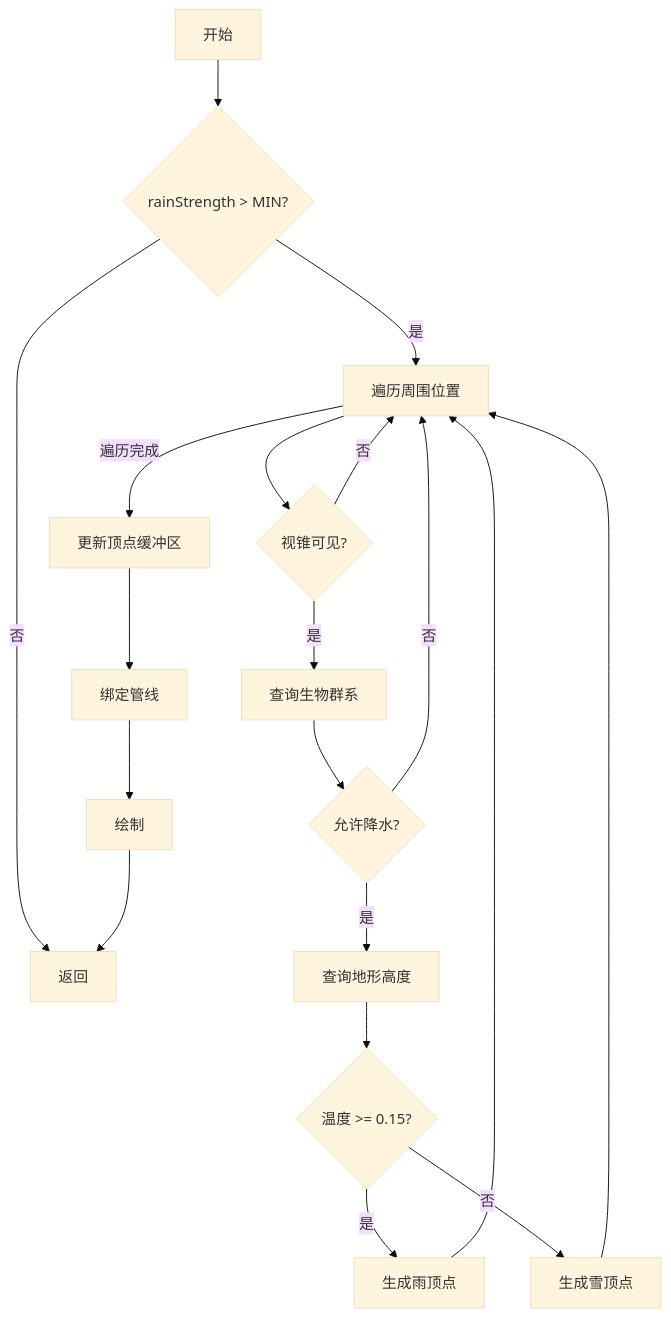
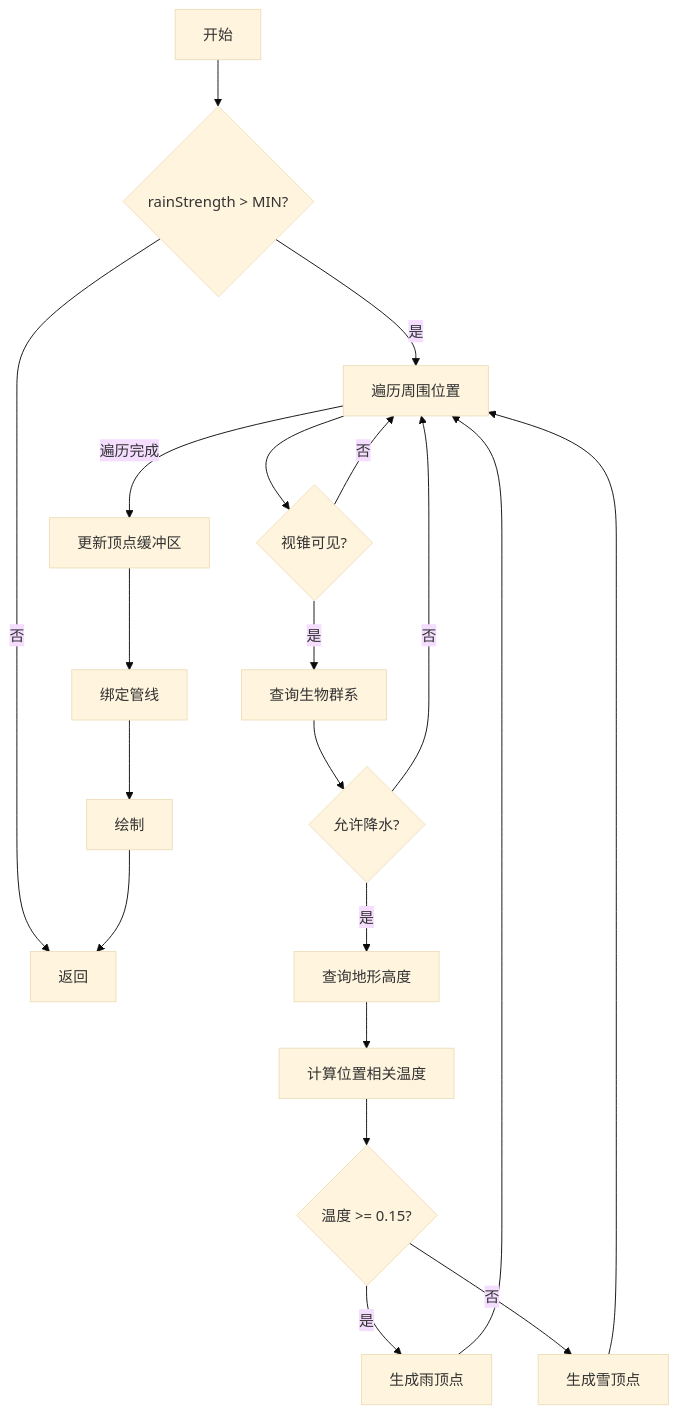
Before and after one commit to g122622/Cubium: the first of 2 diagrams in src/client/renderer/trident/weather/README.md, drawn with Mermaid (base theme). The commit also changed other lines of this file and 1 other file, not shown here.

````diff
--- a/src/client/renderer/trident/weather/README.md
+++ b/src/client/renderer/trident/weather/README.md
@@ -155,21 +179,22 @@
 ```mermaid
 flowchart TD
     A[开始] --> B{rainStrength > MIN?}
     B -->|否| Z[返回]
     B -->|是| C[遍历周围位置]
     C --> D{视锥可见?}
     D -->|否| C
     D -->|是| E[查询生物群系]
     E --> F{允许降水?}
     F -->|否| C
     F -->|是| G[查询地形高度]
-    G --> H{温度 >= 0.15?}
-    H -->|是| I[生成雨顶点]
-    H -->|否| J[生成雪顶点]
-    I --> C
+    G --> H[计算位置相关温度]
+    H --> I{温度 >= 0.15?}
+    I -->|是| J[生成雨顶点]
+    I -->|否| K[生成雪顶点]
     J --> C
-    C -->|遍历完成| K[更新顶点缓冲区]
-    K --> L[绑定管线]
-    L --> M[绘制]
-    M --> Z
+    K --> C
+    C -->|遍历完成| L[更新顶点缓冲区]
+    L --> M[绑定管线]
+    M --> N[绘制]
+    N --> Z
 ```
````
